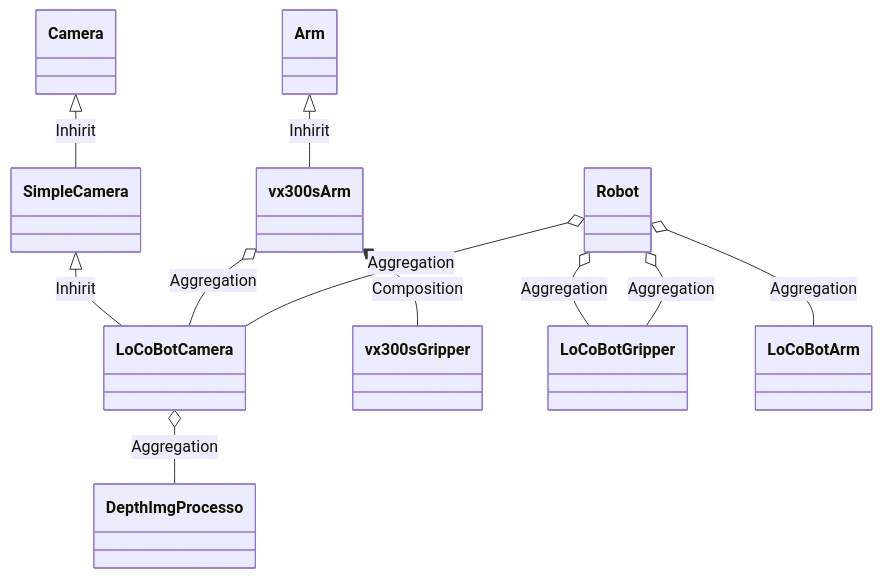
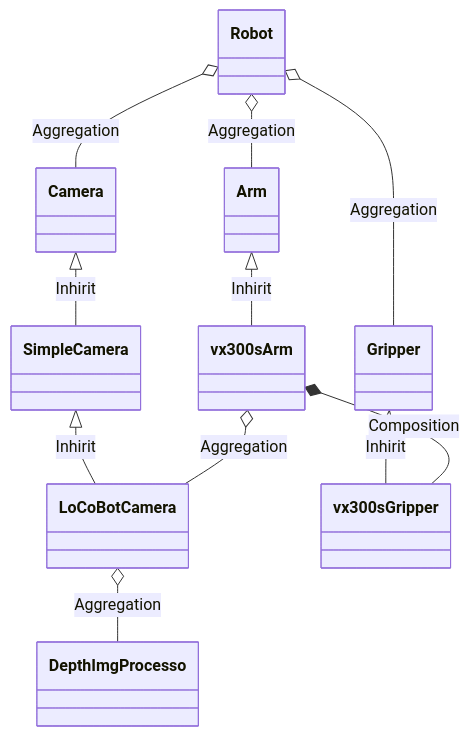
Diagram 11 of 11 in src/pyrobot/Pyrobot.md (cihuang123/pyrobot), drawn with Mermaid before and after one commit. The commit also changed 1 other file, not shown here.

Commit message:
update two class diagram.

````diff
--- a/src/pyrobot/Pyrobot.md
+++ b/src/pyrobot/Pyrobot.md
@@ -123,14 +123,14 @@
 ```mermaid
 classDiagram
     Arm <|-- vx300sArm : Inhirit
     Camera <|-- SimpleCamera : Inhirit
     SimpleCamera <|-- LoCoBotCamera : Inhirit
+    Gripper <|-- vx300sGripper : Inhirit
     vx300sArm *-- vx300sGripper : Composition
+    vx300sArm o-- LoCoBotCamera : Aggregation
     LoCoBotCamera o-- DepthImgProcesso : Aggregation
-    vx300sArm o-- LoCoBotCamera : Aggregation
-    Robot o-- LoCoBotGripper : Aggregation
-    Robot o-- LoCoBotGripper : Aggregation
-    Robot o-- LoCoBotCamera : Aggregation
-    Robot o-- LoCoBotArm : Aggregation
+    Robot o-- Gripper : Aggregation
+    Robot o-- Camera : Aggregation
+    Robot o-- Arm : Aggregation
 
 ```
````
